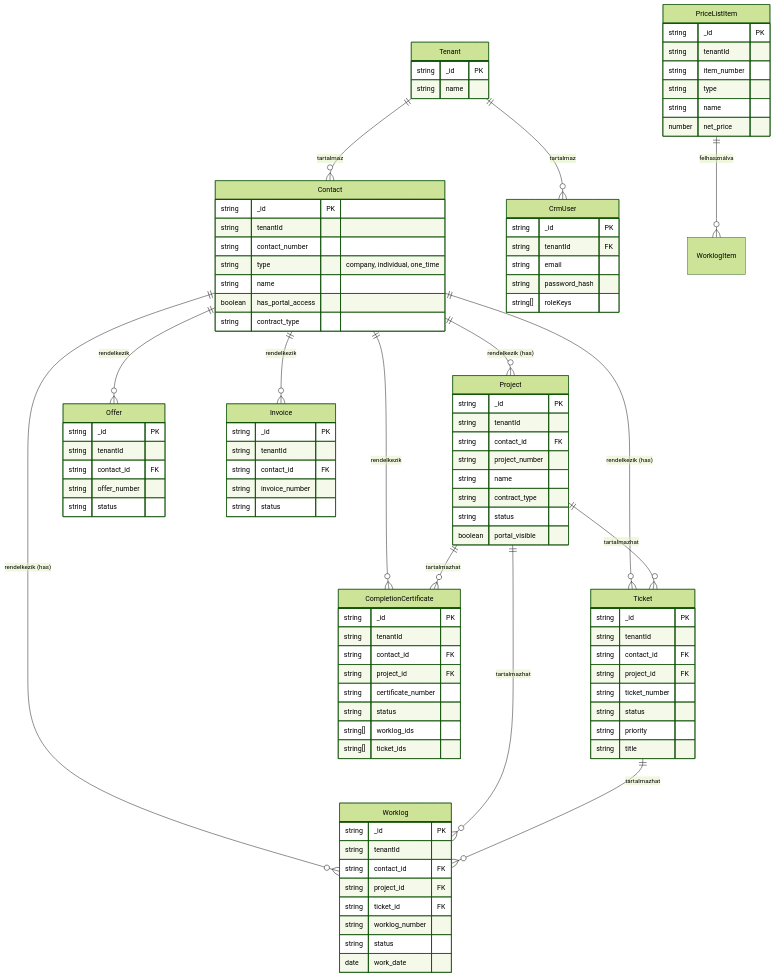
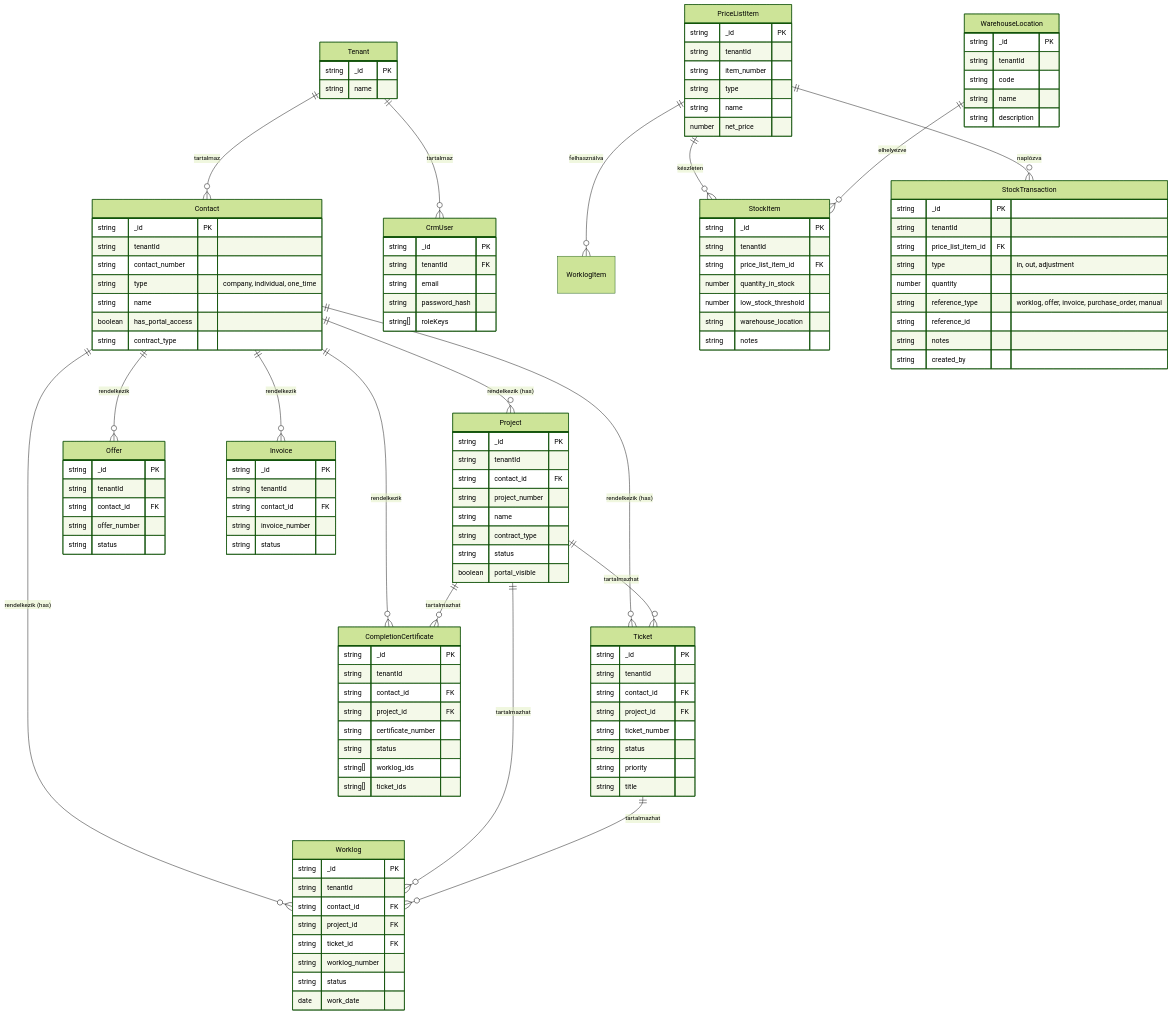
One commit to davids-src/SIRONIC_IntraSystem changed the diagram in DATABASE.md. Above: the diagram before and after it, drawn with Mermaid (forest theme). The commit also changed other lines of this file and 3 other files, not shown here.

Commit message:
feat: implement warehouse management system with stock, location, and transaction tracking support

```diff
--- a/DATABASE.md
+++ b/DATABASE.md
@@ -24,6 +24,9 @@
     Tenant ||--o{ Contact : "tartalmaz"
     Tenant ||--o{ CrmUser : "tartalmaz"
     PriceListItem ||--o{ WorklogItem : "felhasználva"
+    PriceListItem ||--o{ StockItem : "készleten"
+    PriceListItem ||--o{ StockTransaction : "naplózva"
+    WarehouseLocation ||--o{ StockItem : "elhelyezve"
 
     Contact {
         string _id PK
@@ -88,6 +91,36 @@
         number net_price
     }
 
+    WarehouseLocation {
+        string _id PK
+        string tenantId
+        string code
+        string name
+        string description
+    }
+
+    StockItem {
+        string _id PK
+        string tenantId
+        string price_list_item_id FK
+        number quantity_in_stock
+        number low_stock_threshold
+        string warehouse_location
+        string notes
+    }
+
+    StockTransaction {
+        string _id PK
+        string tenantId
+        string price_list_item_id FK
+        string type "in, out, adjustment"
+        number quantity
+        string reference_type "worklog, offer, invoice, purchase_order, manual"
+        string reference_id
+        string notes
+        string created_by
+    }
+
     Tenant {
         string _id PK
         string name
```
